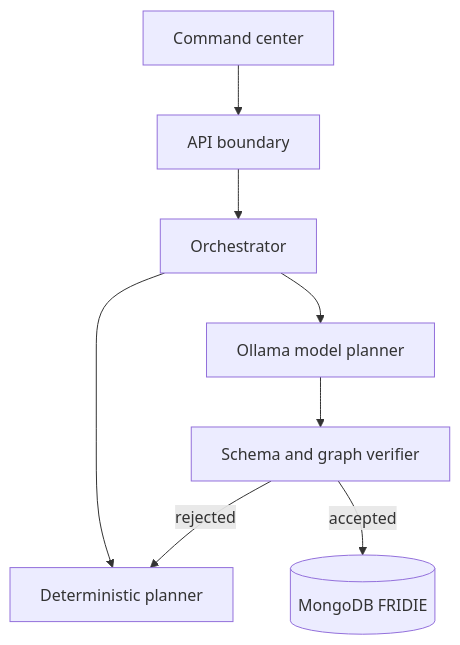
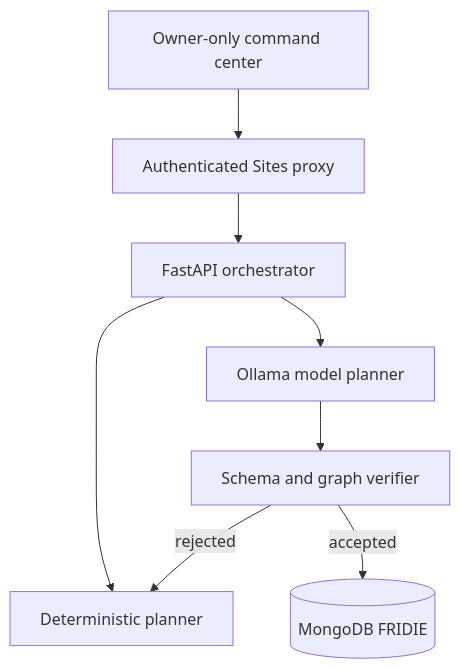
One commit to Dasu4119/F.R.I.D.I.E changed the diagram in docs/architecture.md. Above: the diagram before and after it, drawn with Mermaid. The commit also changed other lines of this file and 29 other files, not shown here.

````diff
--- a/docs/architecture.md
+++ b/docs/architecture.md
@@ -3,10 +3,10 @@
 ```mermaid
 flowchart TD
-  UI[Command center] --> GW[API boundary]
-  GW --> OR[Orchestrator]
+  UI[Owner-only command center] --> GW[Authenticated Sites proxy]
+  GW --> OR[FastAPI orchestrator]
   OR --> PL[Deterministic planner]
   OR --> LM[Ollama model planner]
   LM --> VE[Schema and graph verifier]
   VE -->|accepted| DB[(MongoDB FRIDIE)]
   VE -->|rejected| PL
 ```
````
